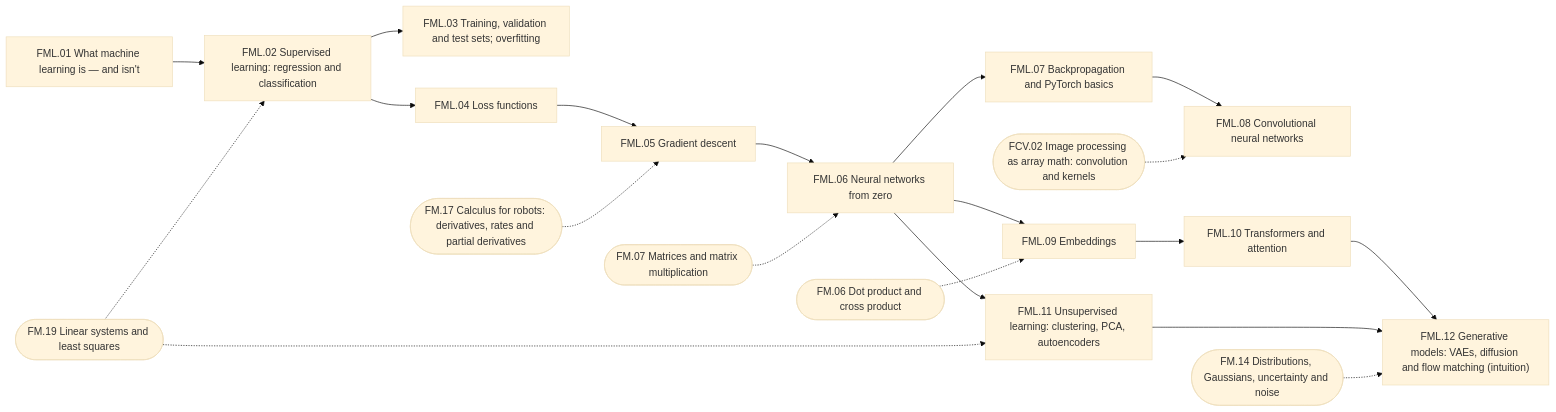
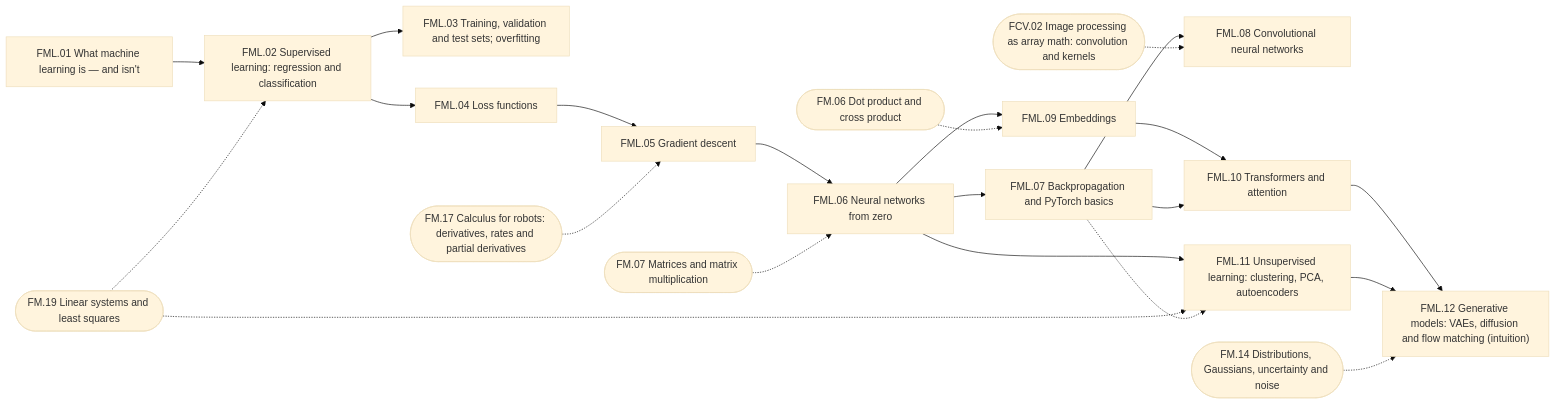
Before and after one commit to tal-giladi/robotics-course: diagram 30 of 32 in curriculum/dependency-graph.md, drawn with Mermaid (base theme). The commit also changed other lines of this file and 39 other files, not shown here.

````diff
--- a/curriculum/dependency-graph.md
+++ b/curriculum/dependency-graph.md
@@ -1808,40 +1814,42 @@
 ```mermaid
 flowchart LR
   n_FML_01["FML.01 What machine learning is — and isn't"]
   n_FML_02["FML.02 Supervised learning: regression and classification"]
   n_FML_03["FML.03 Training, validation and test sets; overfitting"]
   n_FML_04["FML.04 Loss functions"]
   n_FML_05["FML.05 Gradient descent"]
   n_FML_06["FML.06 Neural networks from zero"]
   n_FML_07["FML.07 Backpropagation and PyTorch basics"]
   n_FML_08["FML.08 Convolutional neural networks"]
   n_FML_09["FML.09 Embeddings"]
   n_FML_10["FML.10 Transformers and attention"]
   n_FML_11["FML.11 Unsupervised learning: clustering, PCA, autoencoders"]
   n_FML_12["FML.12 Generative models: VAEs, diffusion and flow matching (intuition)"]
   n_FML_01 --> n_FML_02
   n_FM_19 -.-> n_FML_02
   n_FML_02 --> n_FML_03
   n_FML_02 --> n_FML_04
   n_FML_04 --> n_FML_05
   n_FM_17 -.-> n_FML_05
   n_FML_05 --> n_FML_06
   n_FM_07 -.-> n_FML_06
   n_FML_06 --> n_FML_07
   n_FML_07 --> n_FML_08
   n_FCV_02 -.-> n_FML_08
   n_FML_06 --> n_FML_09
   n_FM_06 -.-> n_FML_09
   n_FML_09 --> n_FML_10
+  n_FML_07 --> n_FML_10
   n_FML_06 --> n_FML_11
   n_FM_19 -.-> n_FML_11
+  n_FML_07 -.-> n_FML_11
   n_FML_10 --> n_FML_12
   n_FML_11 --> n_FML_12
   n_FM_14 -.-> n_FML_12
   n_FM_06(["FM.06 Dot product and cross product"])
   n_FM_07(["FM.07 Matrices and matrix multiplication"])
   n_FM_14(["FM.14 Distributions, Gaussians, uncertainty and noise"])
   n_FM_17(["FM.17 Calculus for robots: derivatives, rates and partial derivatives"])
   n_FM_19(["FM.19 Linear systems and least squares"])
   n_FCV_02(["FCV.02 Image processing as array math: convolution and kernels"])
 ```
````
